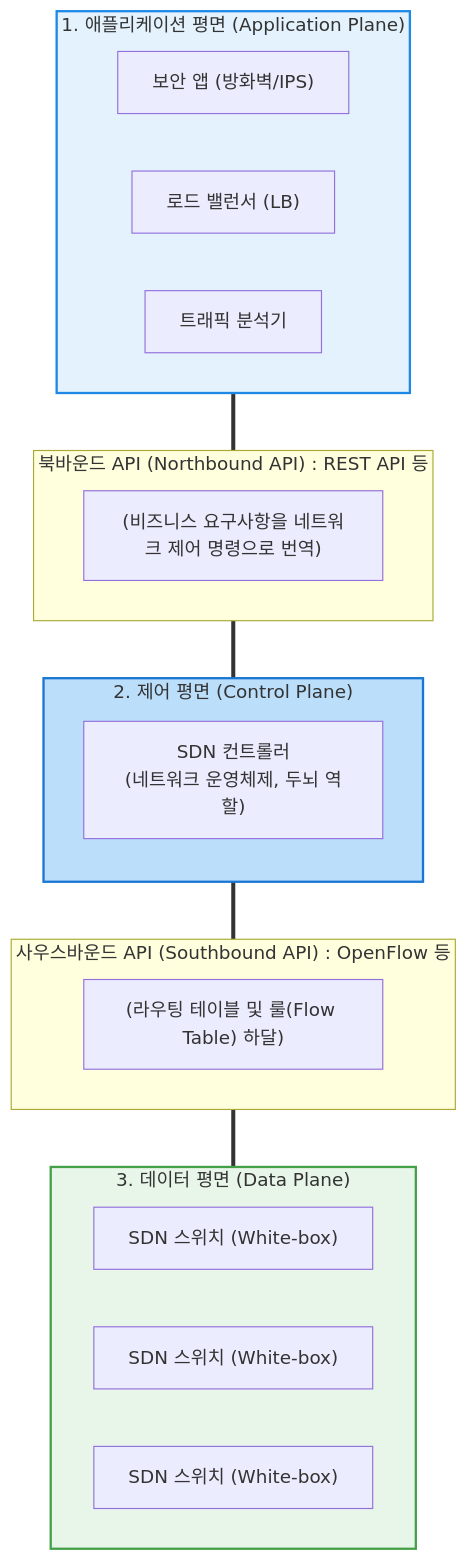
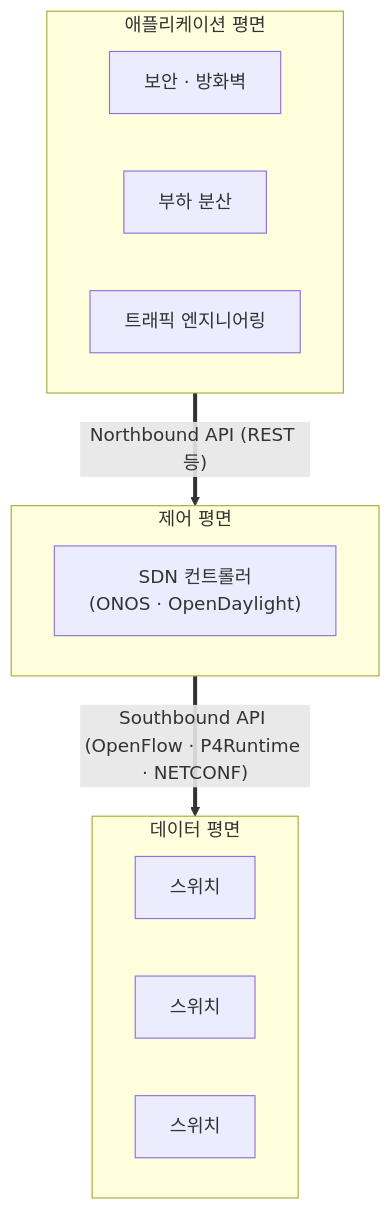
One commit to supremethumb/supremethumb.github.io changed the diagram in content/01_IT Tech/SDN(Software Defined Network).md. Above: the diagram before and after it, drawn with Mermaid. The commit also changed other lines of this file and 1087 other files, not shown here.

````diff
--- a/content/01_IT Tech/SDN(Software Defined Network).md
+++ b/content/01_IT Tech/SDN(Software Defined Network).md
@@ -27,41 +36,20 @@
 ```mermaid
 flowchart TD
-    subgraph App_Plane ["1. 애플리케이션 평면 (Application Plane)"]
+    subgraph AP["애플리케이션 평면"]
         direction LR
-        App1["보안 앱 (방화벽/IPS)"]
-        App2["로드 밸런서 (LB)"]
-        App3["트래픽 분석기"]
+        A1["보안 · 방화벽"]
+        A2["부하 분산"]
+        A3["트래픽 엔지니어링"]
     end
-
-    subgraph North_API ["북바운드 API (Northbound API) : REST API 등"]
+    subgraph CP["제어 평면"]
+        C["SDN 컨트롤러<br/>(ONOS · OpenDaylight)"]
+    end
+    subgraph DP["데이터 평면"]
         direction LR
-        N_API["(비즈니스 요구사항을 네트워크 제어 명령으로 번역)"]
+        S1["스위치"]
+        S2["스위치"]
+        S3["스위치"]
     end
-
-    subgraph Control_Plane ["2. 제어 평면 (Control Plane)"]
-        direction TB
-        Controller["SDN 컨트롤러<br/>(네트워크 운영체제, 두뇌 역할)"]
-    end
-
-    subgraph South_API ["사우스바운드 API (Southbound API) : OpenFlow 등"]
-        direction LR
-        S_API["(라우팅 테이블 및 룰(Flow Table) 하달)"]
-    end
-
-    subgraph Data_Plane ["3. 데이터 평면 (Data Plane)"]
-        direction LR
-        SW1["SDN 스위치 (White-box)"]
-        SW2["SDN 스위치 (White-box)"]
-        SW3["SDN 스위치 (White-box)"]
-    end
-
-    App_Plane === North_API
-    North_API === Control_Plane
-    Control_Plane === South_API
-    South_API === Data_Plane
-    
-    style App_Plane fill:#e3f2fd,stroke:#1e88e5,stroke-width:2px
-    style Control_Plane fill:#bbdefb,stroke:#1976d2,stroke-width:2px
-    style Data_Plane fill:#e8f5e9,stroke:#43a047,stroke-width:2px
-
+    AP == "Northbound API (REST 등)" ==> CP
+    CP == "Southbound API (OpenFlow · P4Runtime · NETCONF)" ==> DP
 ```
````
